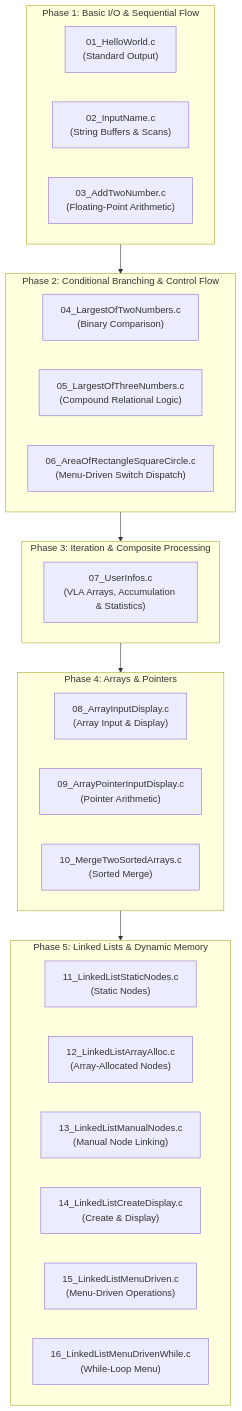
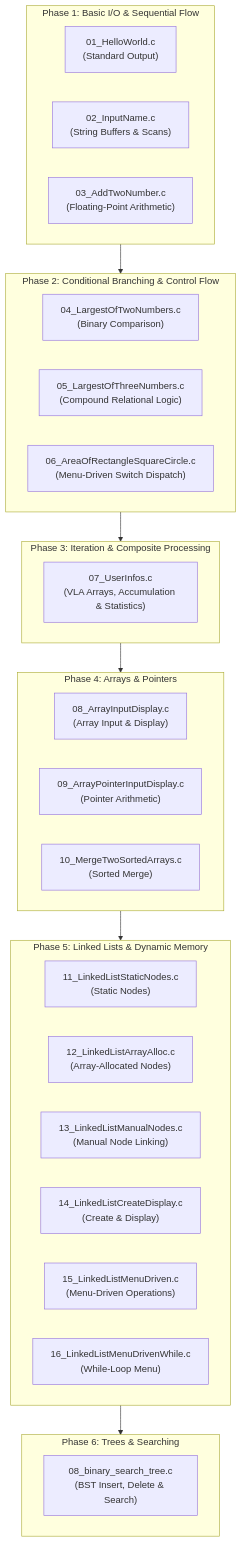
One commit to ashfakhm/CET_MCA_1st_Sem_C_Programming changed the diagram in README.md. Above: the diagram before and after it, drawn with Mermaid. The commit also changed other lines of this file, not shown here.

Commit message:
docs: document binary search tree program

````diff
--- a/README.md
+++ b/README.md
@@ -18,35 +18,39 @@
 ```mermaid
 flowchart TD
     subgraph S1 [Phase 1: Basic I/O & Sequential Flow]
         P1["01_HelloWorld.c<br/>(Standard Output)"]
         P2["02_InputName.c<br/>(String Buffers & Scans)"]
         P3["03_AddTwoNumber.c<br/>(Floating-Point Arithmetic)"]
     end
 
     subgraph S2 [Phase 2: Conditional Branching & Control Flow]
         P4["04_LargestOfTwoNumbers.c<br/>(Binary Comparison)"]
         P5["05_LargestOfThreeNumbers.c<br/>(Compound Relational Logic)"]
         P6["06_AreaOfRectangleSquareCircle.c<br/>(Menu-Driven Switch Dispatch)"]
     end
 
     subgraph S3 [Phase 3: Iteration & Composite Processing]
         P7["07_UserInfos.c<br/>(VLA Arrays, Accumulation & Statistics)"]
     end
 
     subgraph S4 [Phase 4: Arrays & Pointers]
         P8["08_ArrayInputDisplay.c<br/>(Array Input & Display)"]
         P9["09_ArrayPointerInputDisplay.c<br/>(Pointer Arithmetic)"]
         P10["10_MergeTwoSortedArrays.c<br/>(Sorted Merge)"]
     end
 
     subgraph S5 [Phase 5: Linked Lists & Dynamic Memory]
         P11["11_LinkedListStaticNodes.c<br/>(Static Nodes)"]
         P12["12_LinkedListArrayAlloc.c<br/>(Array-Allocated Nodes)"]
         P13["13_LinkedListManualNodes.c<br/>(Manual Node Linking)"]
         P14["14_LinkedListCreateDisplay.c<br/>(Create & Display)"]
         P15["15_LinkedListMenuDriven.c<br/>(Menu-Driven Operations)"]
         P16["16_LinkedListMenuDrivenWhile.c<br/>(While-Loop Menu)"]
     end
 
-    S1 --> S2 --> S3 --> S4 --> S5
+    subgraph S6 [Phase 6: Trees & Searching]
+        P17["08_binary_search_tree.c<br/>(BST Insert, Delete & Search)"]
+    end
+
+    S1 --> S2 --> S3 --> S4 --> S5 --> S6
 ```
````
